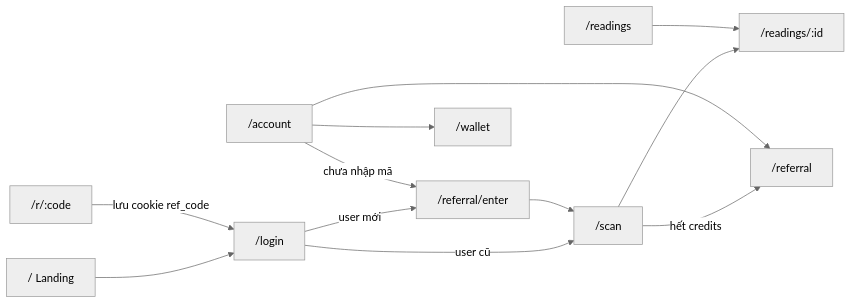
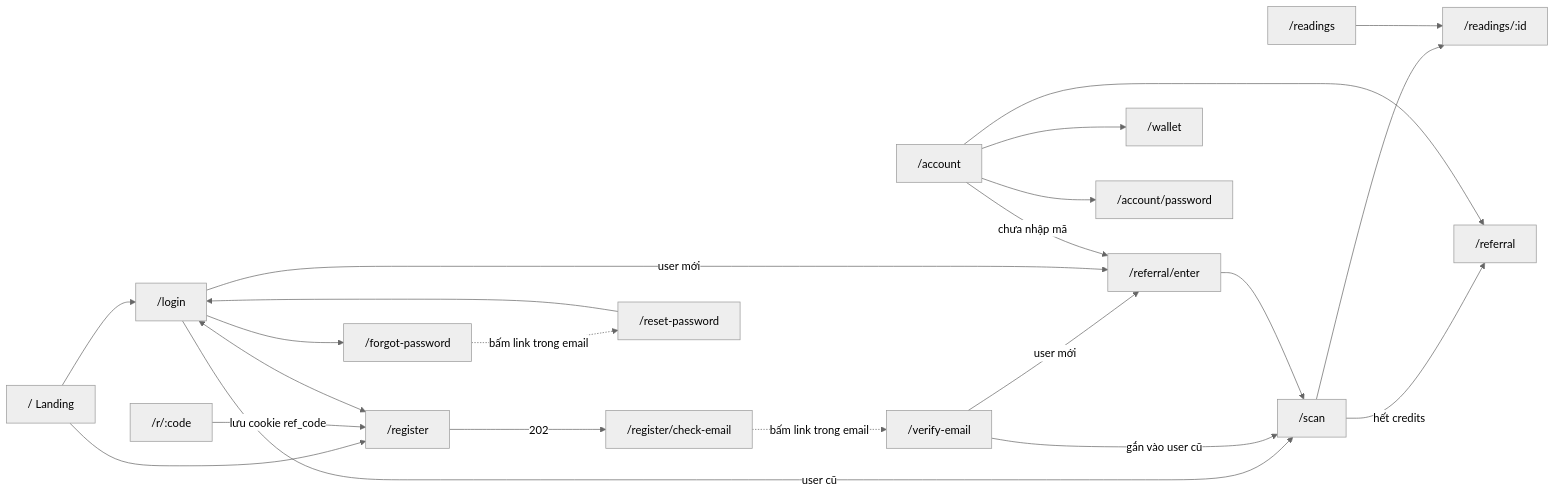
Before and after one commit to DucDMinh/PalmSight: the diagram in docs/screens.md, drawn with Mermaid (neutral theme). The commit also changed other lines of this file and 20 other files, not shown here.

First line of the commit message:
feat: Implement email/password registration and login flow, with Google/Facebook as secondary options

````diff
--- a/docs/screens.md
+++ b/docs/screens.md
@@ -7,14 +7,24 @@
 ```mermaid
 flowchart LR
     landing["/ Landing"] --> login["/login"]
-    ref["/r/:code"] -->|"lưu cookie ref_code"| login
-    login -->|user mới| enterRef["/referral/enter"]
+    landing --> register["/register"]
+    ref["/r/:code"] -->|"lưu cookie ref_code"| register
+    login <--> register
+    login --> forgot["/forgot-password"]
+    register -->|"202"| checkMail["/register/check-email"]
+    checkMail -.->|"bấm link trong email"| verify["/verify-email"]
+    forgot -.->|"bấm link trong email"| reset["/reset-password"]
+    reset --> login
+    verify -->|user mới| enterRef["/referral/enter"]
+    login -->|user mới| enterRef
     login -->|user cũ| scan["/scan"]
+    verify -->|"gắn vào user cũ"| scan
     enterRef --> scan
     scan --> result["/readings/:id"]
     scan -->|hết credits| invite["/referral"]
     history["/readings"] --> result
     account["/account"] --> wallet["/wallet"]
     account --> invite
     account -->|chưa nhập mã| enterRef
+    account --> changePw["/account/password"]
 ```
````
